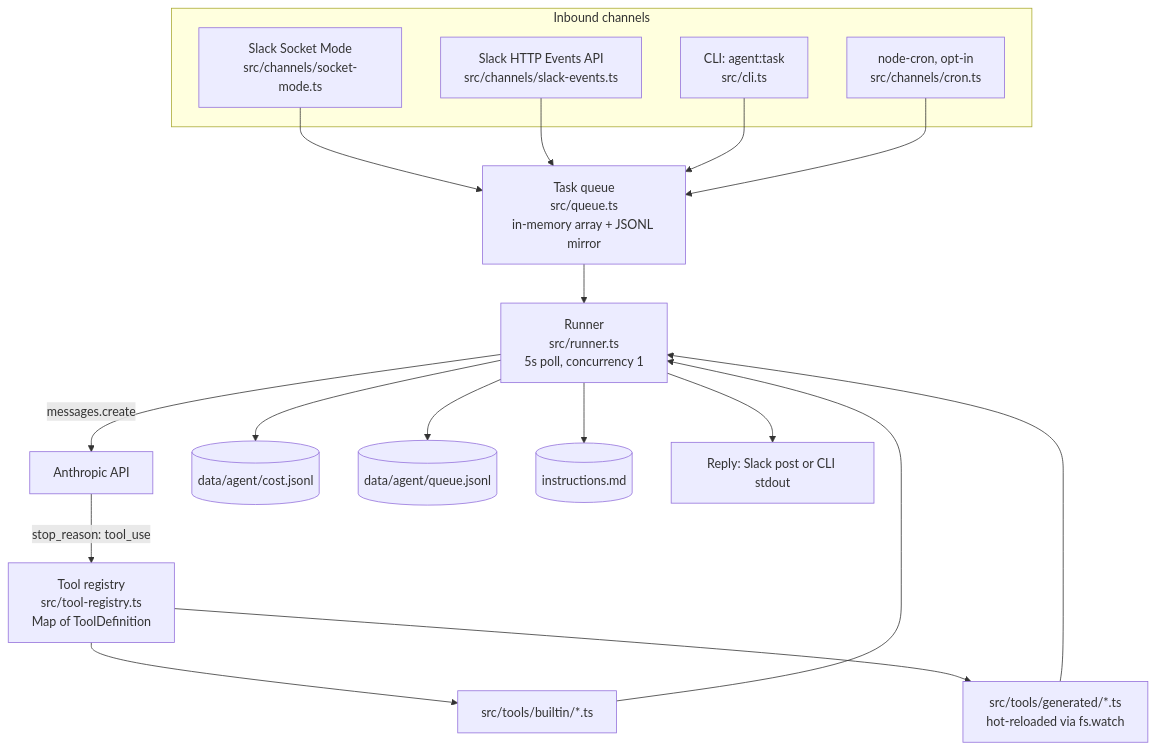
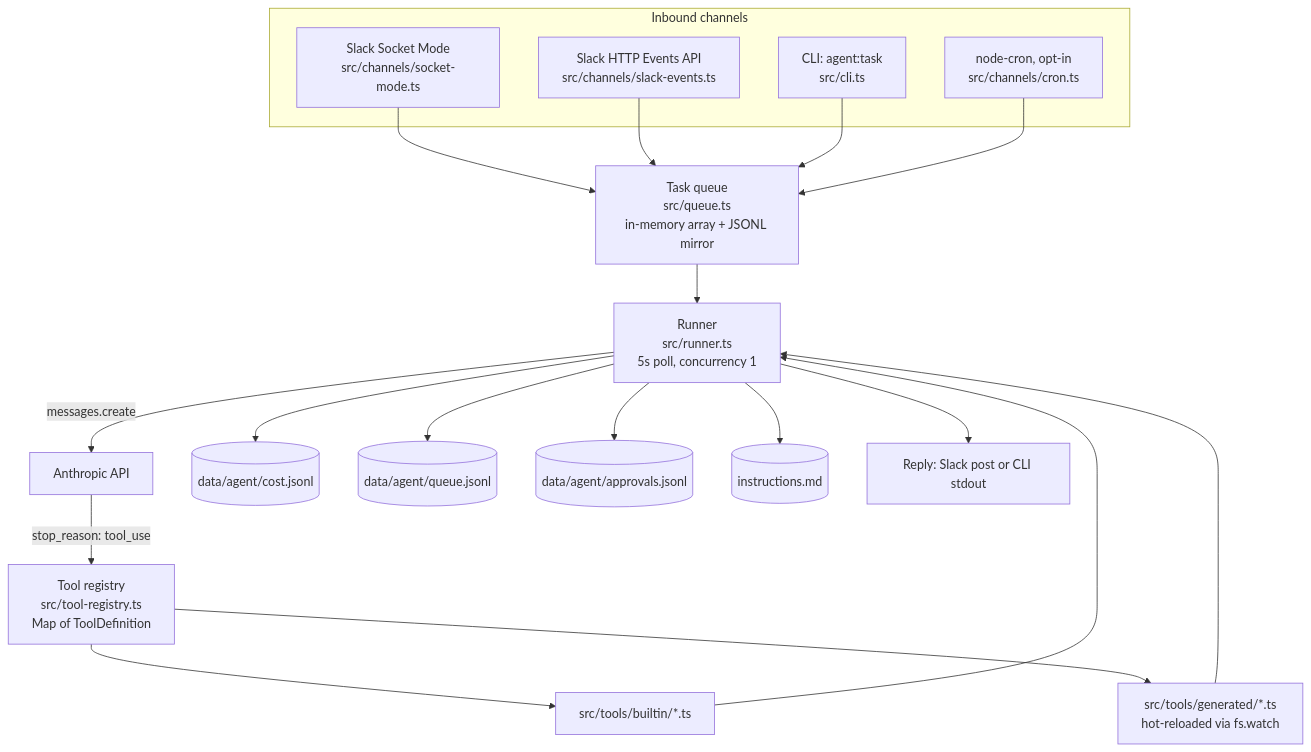
One commit to stevencallaway1/oski-agent changed the diagram in docs/ARCHITECTURE.md. Above: the diagram before and after it, drawn with Mermaid. The commit also changed other lines of this file and 45 other files, not shown here.

````diff
--- a/docs/ARCHITECTURE.md
+++ b/docs/ARCHITECTURE.md
@@ -7,33 +7,34 @@
 ```mermaid
 flowchart TD
     subgraph Inbound channels
         SLACK[Slack Socket Mode<br/>src/channels/socket-mode.ts]
         HTTP[Slack HTTP Events API<br/>src/channels/slack-events.ts]
         CLI[CLI: agent:task<br/>src/cli.ts]
         CRON[node-cron, opt-in<br/>src/channels/cron.ts]
     end
 
     SLACK --> QUEUE
     HTTP --> QUEUE
     CLI --> QUEUE
     CRON --> QUEUE
 
     QUEUE["Task queue<br/>src/queue.ts<br/>in-memory array + JSONL mirror"]
     QUEUE --> RUNNER
 
     RUNNER["Runner<br/>src/runner.ts<br/>5s poll, concurrency 1"]
     RUNNER -->|messages.create| MODEL[Anthropic API]
     MODEL -->|stop_reason: tool_use| REGISTRY
 
     REGISTRY["Tool registry<br/>src/tool-registry.ts<br/>Map of ToolDefinition"]
     REGISTRY --> BUILTIN["src/tools/builtin/*.ts"]
     REGISTRY --> GENERATED["src/tools/generated/*.ts<br/>hot-reloaded via fs.watch"]
 
     BUILTIN --> RUNNER
     GENERATED --> RUNNER
 
     RUNNER --> COSTLOG[(data/agent/cost.jsonl)]
     RUNNER --> QLOG[(data/agent/queue.jsonl)]
+    RUNNER --> APPROVALS[(data/agent/approvals.jsonl)]
     RUNNER --> INSTR[(instructions.md)]
     RUNNER --> REPLY[Reply: Slack post or CLI stdout]
 ```
````
